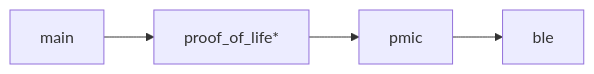
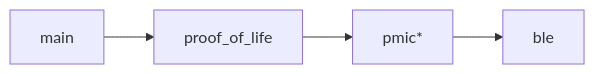
The diagram in README.md (droidecahedron/nrf_peripheral_bfg), drawn with Mermaid before and after one commit. The commit also changed other lines of this file, not shown here.

````diff
--- a/README.md
+++ b/README.md
@@ -2,6 +2,6 @@
 ```mermaid
 graph LR;
-  main-->proof_of_life*;
-  proof_of_life*-->pmic;
-  pmic-->ble;
+  main-->proof_of_life;
+  proof_of_life-->pmic*;
+  pmic*-->ble;
 ```
````
